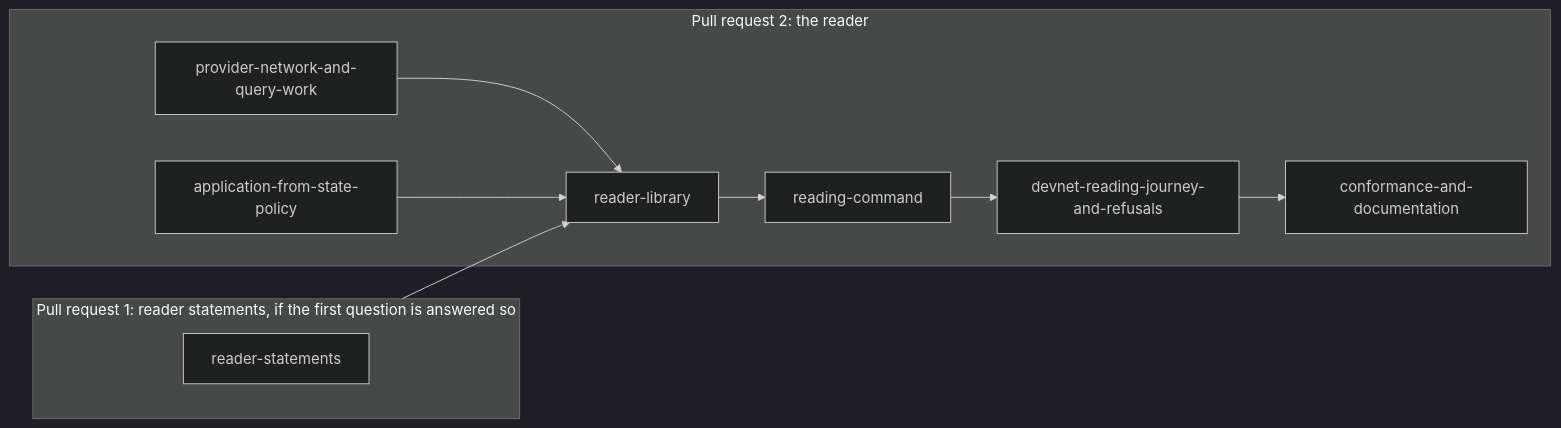
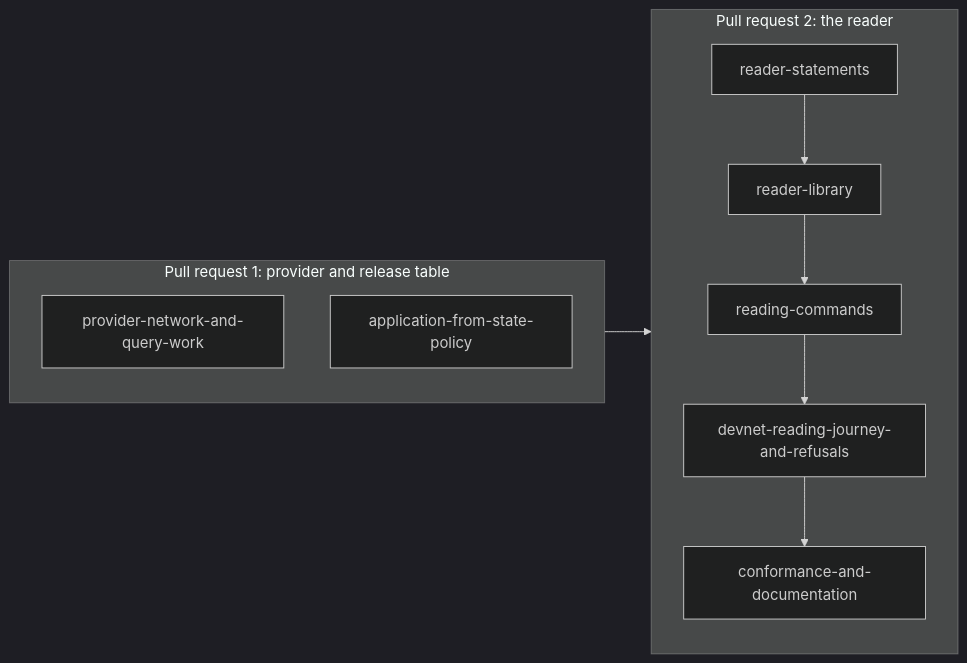
Before and after one commit to lambdasistemi/singular: the diagram in specs/744-registry-reader/plan.md, drawn with Mermaid (dark theme). The commit also changed other lines of this file and 9 other files, not shown here.

Commit message:
docs(specs): record the reader answers and accept the provider slices

````diff
--- a/specs/744-registry-reader/plan.md
+++ b/specs/744-registry-reader/plan.md
@@ -50,14 +53,14 @@
 ```mermaid
 flowchart LR
-    subgraph P1[Pull request 1: reader statements, if the first question is answered so]
-      M[reader-statements]
+    subgraph P1[Pull request 1: provider and release table]
+      N[provider-network-and-query-work]
+      A[application-from-state-policy]
     end
     subgraph P2[Pull request 2: the reader]
-      N[provider-network-and-query-work] --> R[reader-library]
-      A[application-from-state-policy] --> R
-      R --> C[reading-command]
+      M[reader-statements] --> R[reader-library]
+      R --> C[reading-commands]
       C --> J[devnet-reading-journey-and-refusals]
       J --> K[conformance-and-documentation]
     end
-    P1 --> R
+    P1 --> P2
 ```
````
